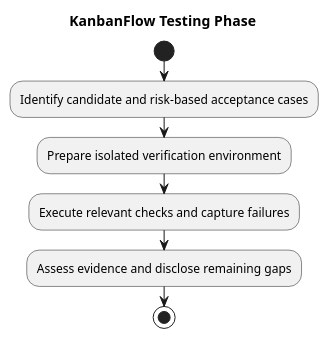
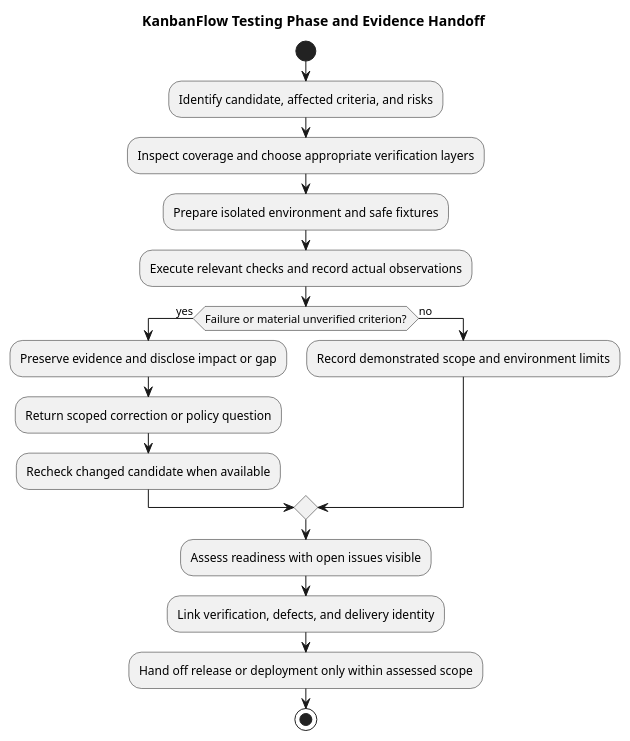
The diagram in docs/SDLC/06-testing/README.md (Farhad-Valizadegan/Web-KanbanFlow), drawn with PlantUML before and after one commit. The commit also changed other lines of this file and 2 other files, not shown here.

Commit message:
docs: complete testing index evidence and phase handoffs

````diff
--- a/docs/SDLC/06-testing/README.md
+++ b/docs/SDLC/06-testing/README.md
@@ -34,11 +93,21 @@
 ```plantuml
 @startuml
-title KanbanFlow Testing Phase
+title KanbanFlow Testing Phase and Evidence Handoff
 start
-:Identify candidate and risk-based acceptance cases;
-:Prepare isolated verification environment;
-:Execute relevant checks and capture failures;
-:Assess evidence and disclose remaining gaps;
+:Identify candidate, affected criteria, and risks;
+:Inspect coverage and choose appropriate verification layers;
+:Prepare isolated environment and safe fixtures;
+:Execute relevant checks and record actual observations;
+if (Failure or material unverified criterion?) then (yes)
+ :Preserve evidence and disclose impact or gap;
+ :Return scoped correction or policy question;
+ :Recheck changed candidate when available;
+else (no)
+ :Record demonstrated scope and environment limits;
+endif
+:Assess readiness with open issues visible;
+:Link verification, defects, and delivery identity;
+:Hand off release or deployment only within assessed scope;
 stop
 @enduml
 ```
````
